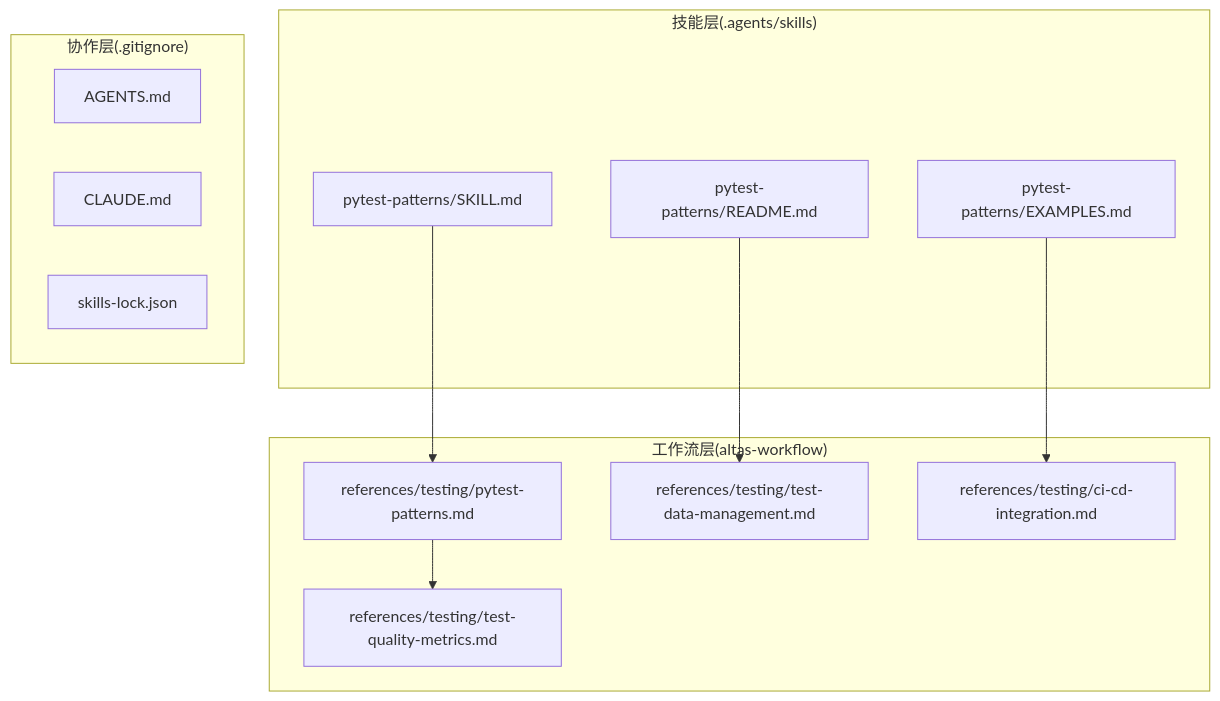
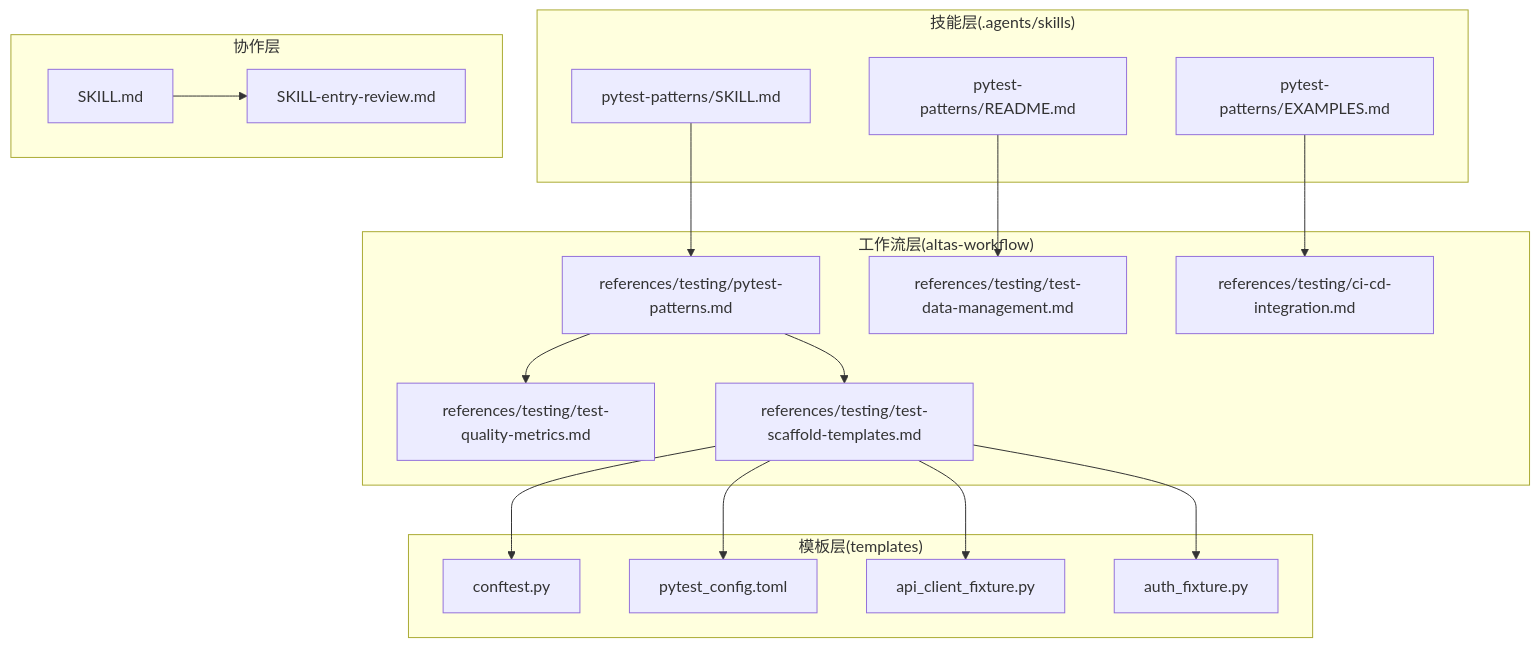
One commit to AngelWings1997/altas changed the first of 21 diagrams in .qoder/repowiki/zh/content/Agent 定义/pytest测试模式文档套件.md. Above: the diagram before and after it, drawn with Mermaid. The commit also changed other lines of this file and 16 other files, not shown here.

````diff
--- a/.qoder/repowiki/zh/content/Agent 定义/pytest测试模式文档套件.md
+++ b/.qoder/repowiki/zh/content/Agent 定义/pytest测试模式文档套件.md
@@ -36,23 +51,35 @@
 ```mermaid
 graph TB
 subgraph "技能层(.agents/skills)"
 A[pytest-patterns/SKILL.md]
 B[pytest-patterns/README.md]
 C[pytest-patterns/EXAMPLES.md]
 end
 subgraph "工作流层(altas-workflow)"
 D[references/testing/pytest-patterns.md]
 E[references/testing/test-data-management.md]
 F[references/testing/ci-cd-integration.md]
 G[references/testing/test-quality-metrics.md]
+H[references/testing/test-scaffold-templates.md]
 end
-subgraph "协作层(.gitignore)"
-H[AGENTS.md]
-I[CLAUDE.md]
-J[skills-lock.json]
+subgraph "模板层(templates)"
+I[conftest.py]
+J[pytest_config.toml]
+K[api_client_fixture.py]
+L[auth_fixture.py]
+end
+subgraph "协作层"
+M[SKILL.md]
+N[SKILL-entry-review.md]
 end
 A --> D
 B --> E
 C --> F
 D --> G
+D --> H
+H --> I
+H --> J
+H --> K
+H --> L
+M --> N
 ```
````
